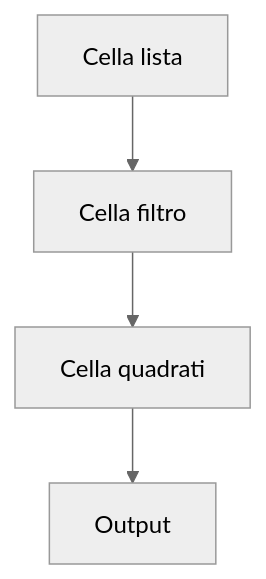
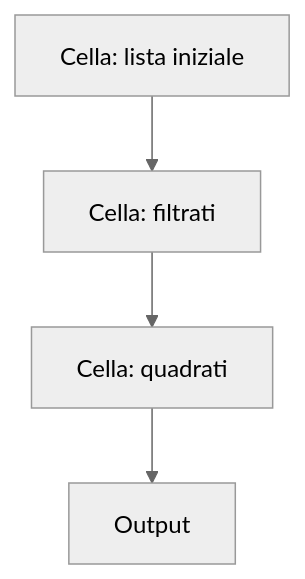
Before and after one commit to lucadagati/Lab_Fondamenti_di_Informatica_25_26: diagram 13 of 20 in 04-python-jupyter-analisi-biomedica/README.md, drawn with Mermaid (neutral theme). The commit also changed other lines of this file, not shown here.

First line of the commit message:
README Lab 4: aggiunge testo esercizi e flow più espliciti

````diff
--- a/04-python-jupyter-analisi-biomedica/README.md
+++ b/04-python-jupyter-analisi-biomedica/README.md
@@ -170,6 +214,6 @@
 ```mermaid
 flowchart TD
-    A[Cella lista] --> B[Cella filtro]
-    B --> C[Cella quadrati]
+    A[Cella: lista iniziale] --> B[Cella: filtrati]
+    B --> C[Cella: quadrati]
     C --> D[Output]
 ```
````
